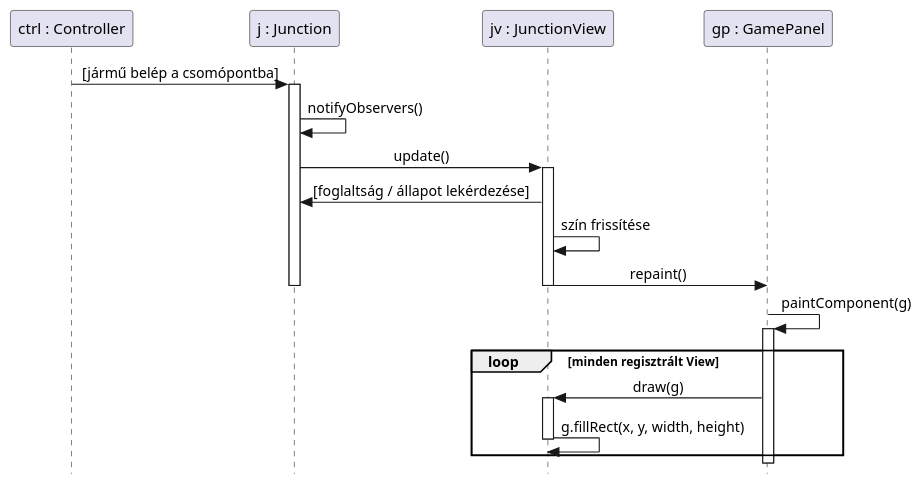
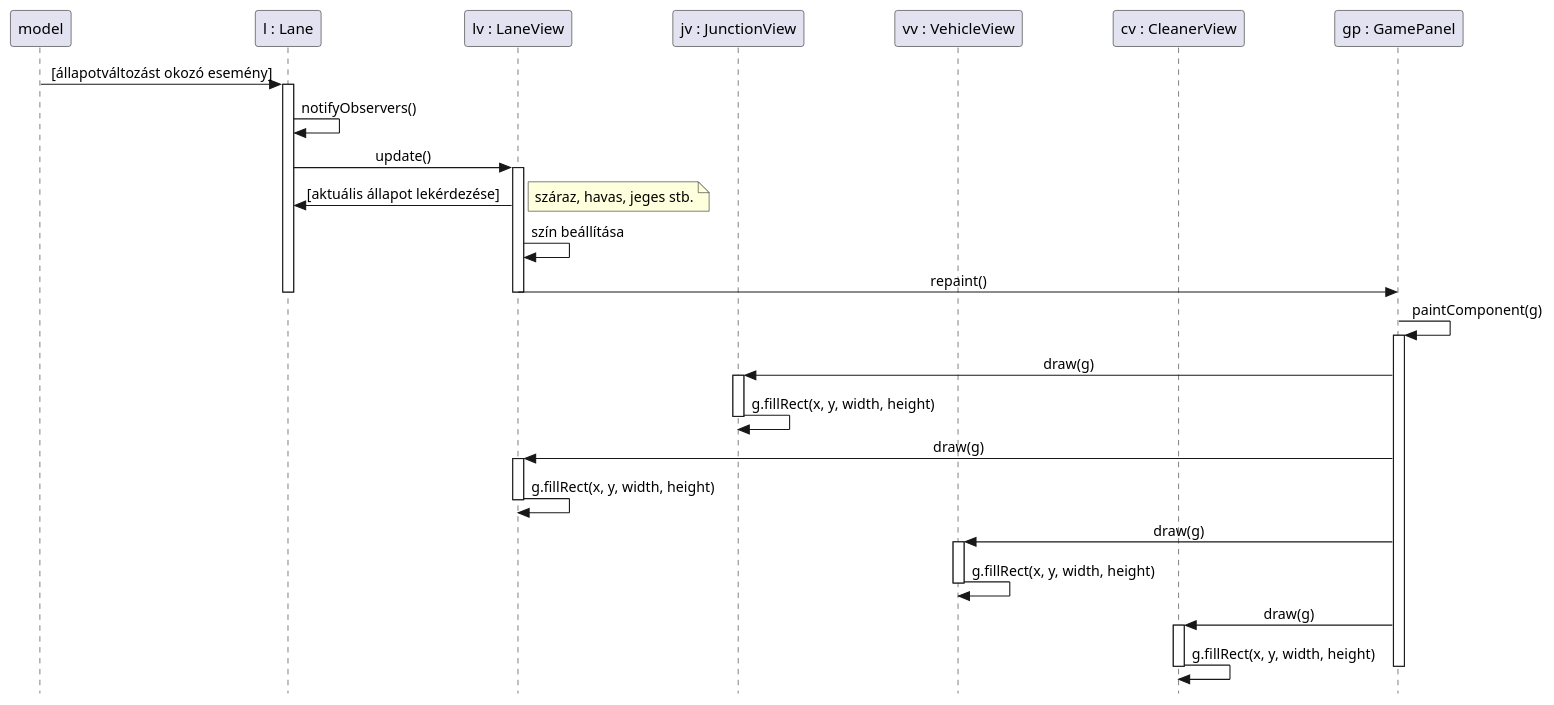
One commit to toth-andor/UneNotteANapoli changed the diagram in docs/11/diagrams/sequence/04.puml. Above: the diagram before and after it, drawn with PlantUML. The commit also changed 3 other files, not shown here.

```diff
--- a/docs/11/diagrams/sequence/04.puml
+++ b/docs/11/diagrams/sequence/04.puml
@@ -1,31 +1,46 @@
 @startuml
-' SD-UI-04: Csomópont állapotváltozása – JunctionView frissítése
+' SD-UI-04: Sáv állapotváltozása – LaneView frissítése
 skinparam style strictuml
 skinparam sequenceMessageAlign center
 
-participant "ctrl : Controller" as Ctrl
-participant "j : Junction" as J
+participant "model" as Model
+participant "l : Lane" as L
+participant "lv : LaneView" as LV
 participant "jv : JunctionView" as JV
+participant "vv : VehicleView" as VV
+participant "cv : CleanerView" as CV
 participant "gp : GamePanel" as GP
 
-Ctrl -> J : [jármű belép a csomópontba]
-activate J
-    J -> J : notifyObservers()
-    J -> JV : update()
-    activate JV
-        JV -> J : [foglaltság / állapot lekérdezése]
-        JV -> JV : szín frissítése
-        JV -> GP : repaint()
-    deactivate JV
-deactivate J
+
+Model -> L : [állapotváltozást okozó esemény]
+activate L
+    L -> L : notifyObservers()
+    L -> LV : update()
+    activate LV
+        LV -> L : [aktuális állapot lekérdezése]
+        note right: száraz, havas, jeges stb.
+        LV -> LV : szín beállítása
+        LV -> GP : repaint()
+    deactivate LV
+deactivate L
 
 GP -> GP : paintComponent(g)
 activate GP
-    loop minden regisztrált View
-        GP -> JV : draw(g)
-        activate JV
-            JV -> JV : g.fillRect(x, y, width, height)
-        deactivate JV
-    end
+    GP -> JV : draw(g)
+    activate JV
+        JV -> JV : g.fillRect(x, y, width, height)
+    deactivate JV
+    GP -> LV : draw(g)
+    activate LV
+        LV -> LV : g.fillRect(x, y, width, height)
+    deactivate LV
+    GP -> VV : draw(g)
+    activate VV
+        VV -> VV : g.fillRect(x, y, width, height)
+    deactivate VV
+    GP -> CV : draw(g)
+    activate CV
+        CV -> CV : g.fillRect(x, y, width, height)
+    deactivate CV
 deactivate GP
 @enduml
```
